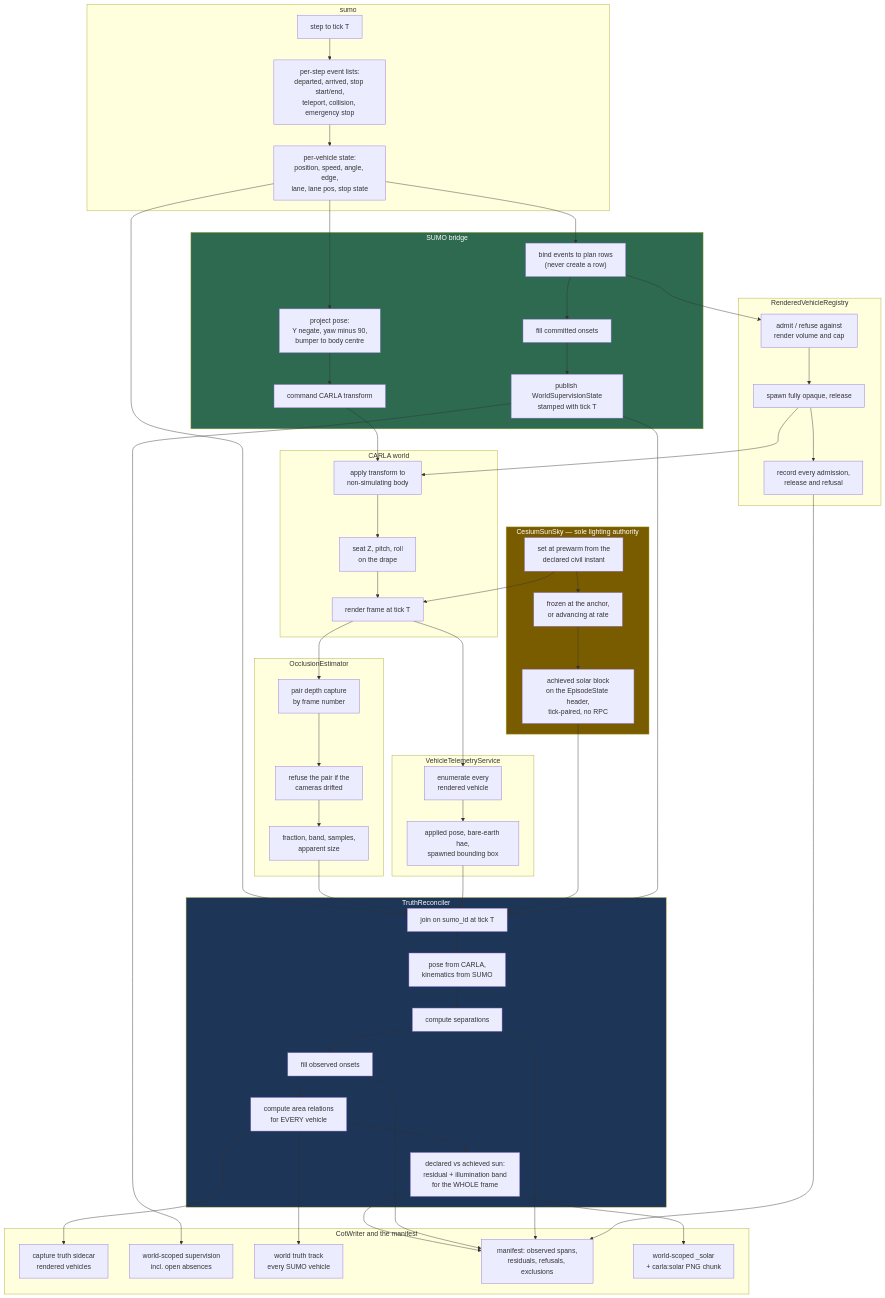
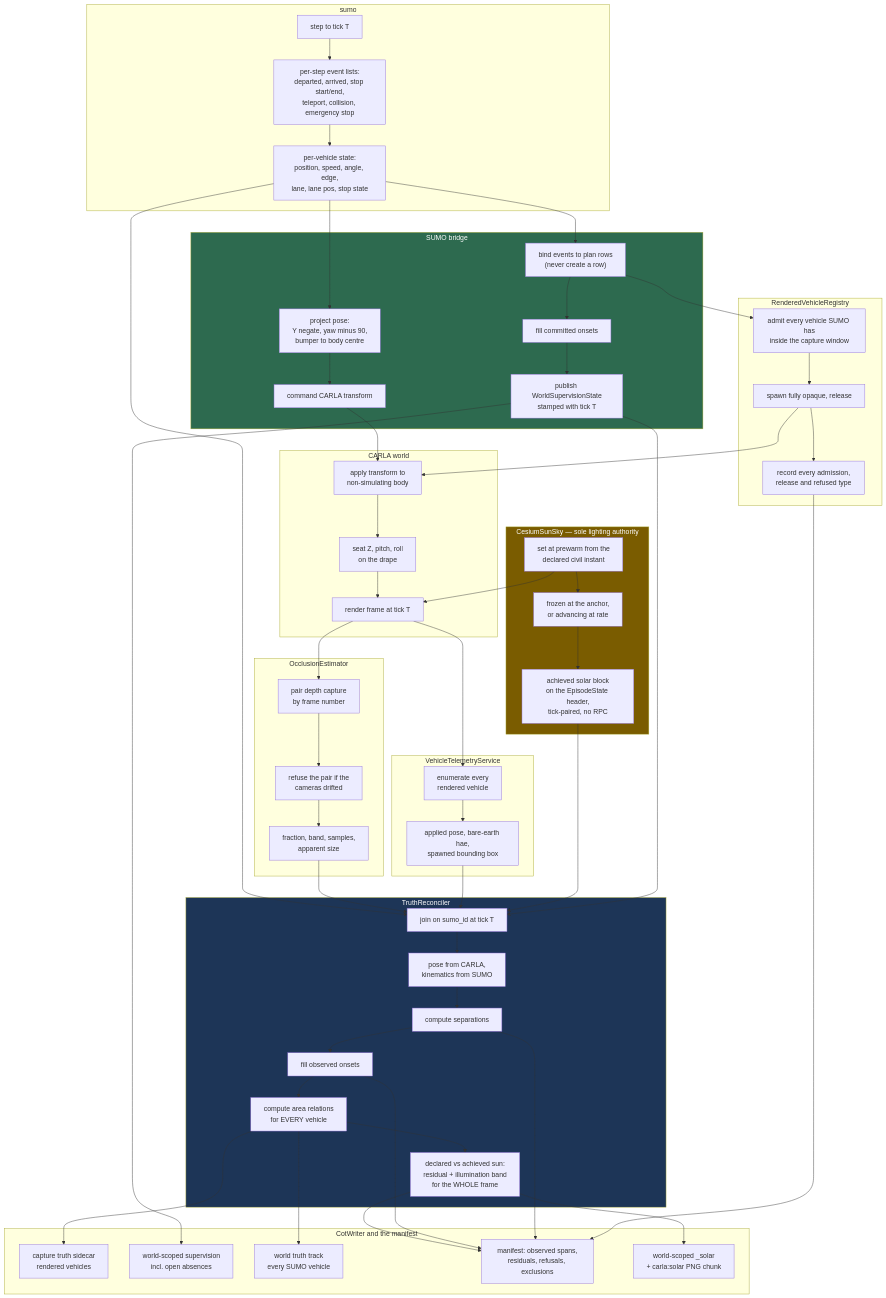
One commit to sbrett9/carla changed the fifth of 5 diagrams in Docs/CAT_Research/Plans/SUMO_Behavioral_Capture/06_Truth_And_Annotation.md. Above: the diagram before and after it, drawn with Mermaid. The commit also changed other lines of this file and 3 other files, not shown here.

First line of the commit message:
Remove the render cap from truth, collection and illumination

````diff
--- a/Docs/CAT_Research/Plans/SUMO_Behavioral_Capture/06_Truth_And_Annotation.md
+++ b/Docs/CAT_Research/Plans/SUMO_Behavioral_Capture/06_Truth_And_Annotation.md
@@ -2576,79 +2605,79 @@
 ```mermaid
 flowchart TB
     subgraph L1["sumo"]
         A1["step to tick T"] --> A2["per-step event lists:<br/>departed, arrived, stop start/end,<br/>teleport, collision, emergency stop"]
         A2 --> A3["per-vehicle state:<br/>position, speed, angle, edge,<br/>lane, lane pos, stop state"]
     end
 
     subgraph L2["SUMO bridge"]
         B1["bind events to plan rows<br/>(never create a row)"] --> B2["fill committed onsets"]
         B2 --> B3["publish WorldSupervisionState<br/>stamped with tick T"]
         B4["project pose:<br/>Y negate, yaw minus 90,<br/>bumper to body centre"] --> B5["command CARLA transform"]
     end
 
     subgraph L3["RenderedVehicleRegistry"]
-        C1["admit / refuse against<br/>render volume and cap"] --> C2["spawn fully opaque, release"]
-        C2 --> C3["record every admission,<br/>release and refusal"]
+        C1["admit every vehicle SUMO has<br/>inside the capture window"] --> C2["spawn fully opaque, release"]
+        C2 --> C3["record every admission,<br/>release and refused type"]
     end
 
     subgraph L4["CARLA world"]
         D1["apply transform to<br/>non-simulating body"] --> D2["seat Z, pitch, roll<br/>on the drape"]
         D2 --> D3["render frame at tick T"]
     end
 
     subgraph L4b["CesiumSunSky — sole lighting authority"]
         S1["set at prewarm from the<br/>declared civil instant"] --> S2["frozen at the anchor,<br/>or advancing at rate"]
         S2 --> S3["achieved solar block<br/>on the EpisodeState header,<br/>tick-paired, no RPC"]
     end
 
     subgraph L5["VehicleTelemetryService"]
         E1["enumerate every<br/>rendered vehicle"] --> E2["applied pose, bare-earth hae,<br/>spawned bounding box"]
     end
 
     subgraph L6["OcclusionEstimator"]
         F1["pair depth capture<br/>by frame number"] --> F2["refuse the pair if the<br/>cameras drifted"]
         F2 --> F3["fraction, band, samples,<br/>apparent size"]
     end
 
     subgraph L7["TruthReconciler"]
         G1["join on sumo_id at tick T"] --> G2["pose from CARLA,<br/>kinematics from SUMO"]
         G2 --> G3["compute separations"]
         G3 --> G4["fill observed onsets"]
         G4 --> G5["compute area relations<br/>for EVERY vehicle"]
         G5 --> G6["declared vs achieved sun:<br/>residual + illumination band<br/>for the WHOLE frame"]
     end
 
     subgraph L8["CotWriter and the manifest"]
         H1["capture truth sidecar<br/>rendered vehicles"] 
         H2["world-scoped supervision<br/>incl. open absences"]
         H3["world truth track<br/>every SUMO vehicle"]
         H4["manifest: observed spans,<br/>residuals, refusals, exclusions"]
         H5["world-scoped _solar<br/>+ carla:solar PNG chunk"]
     end
 
     A3 --> B1
     A3 --> B4
     B3 --> G1
     B5 --> D1
     B1 --> C1
     C2 --> D1
     C3 --> H4
     S1 --> D3
     S3 --> G1
     D3 --> E1
     D3 --> F1
     E2 --> G1
     F3 --> G1
     A3 --> G1
     G5 --> H1
     G5 --> H3
     B3 --> H2
     G3 --> H4
     G4 --> H4
     G6 --> H5
     G6 --> H4
 
     style L7 fill:#1d3557,color:#ffffff
     style L2 fill:#2d6a4f,color:#ffffff
     style L4b fill:#7a5c00,color:#ffffff
 ```
````
